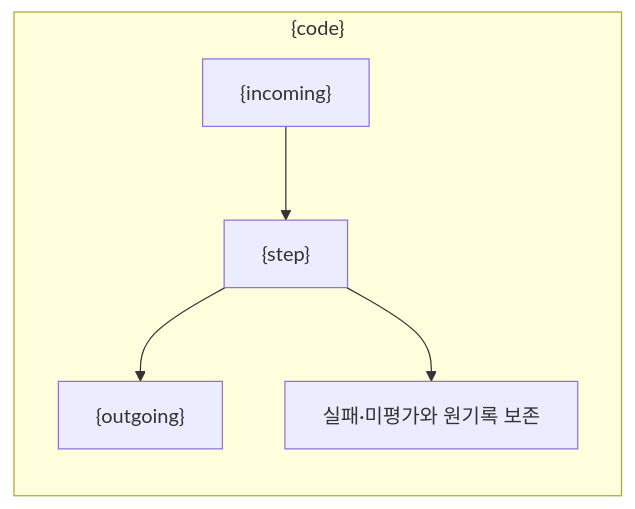
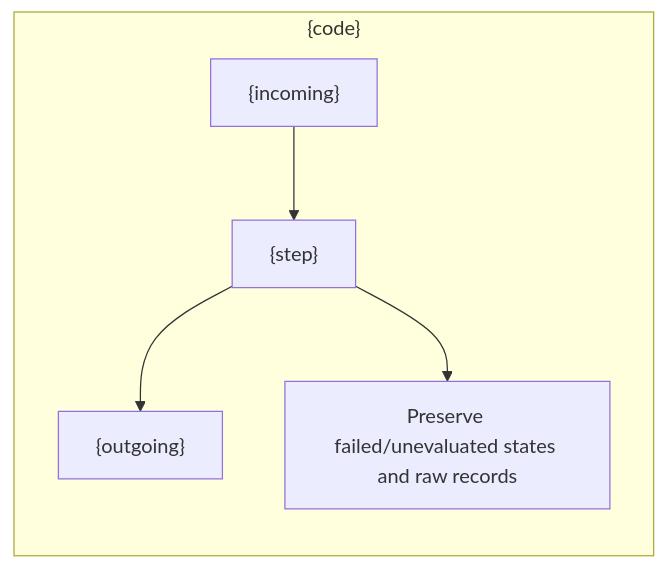
The diagram in src/finarch/experiments/templates/ordered-stage-readme-template.md (pnu-clink/finject), drawn with Mermaid before and after one commit. The commit also changed other lines of this file and 644 other files, not shown here.

````diff
--- a/src/finarch/experiments/templates/ordered-stage-readme-template.md
+++ b/src/finarch/experiments/templates/ordered-stage-readme-template.md
@@ -29,7 +29,7 @@
 ```mermaid
 flowchart LR
  subgraph code["{code}"]
   I["{incoming}"] --> S["{step}"] --> O["{outgoing}"]
-  S --> F["실패·미평가와 원기록 보존"]
+  S --> F["Preserve failed/unevaluated states and raw records"]
  end
 ```
````
